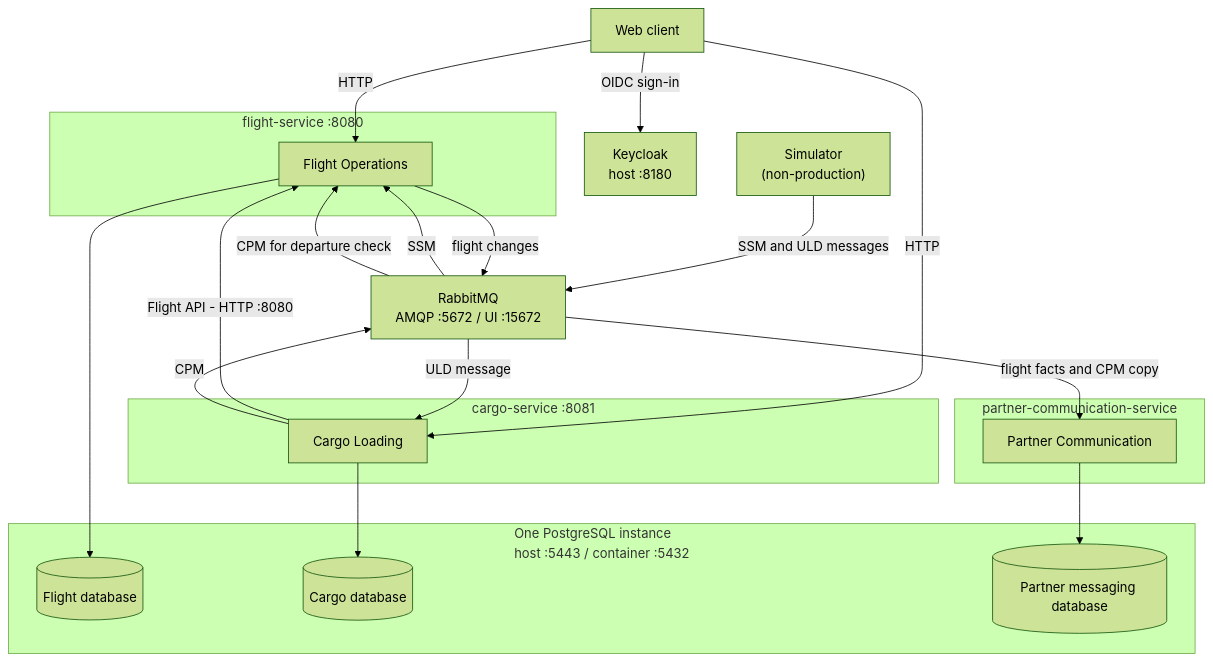
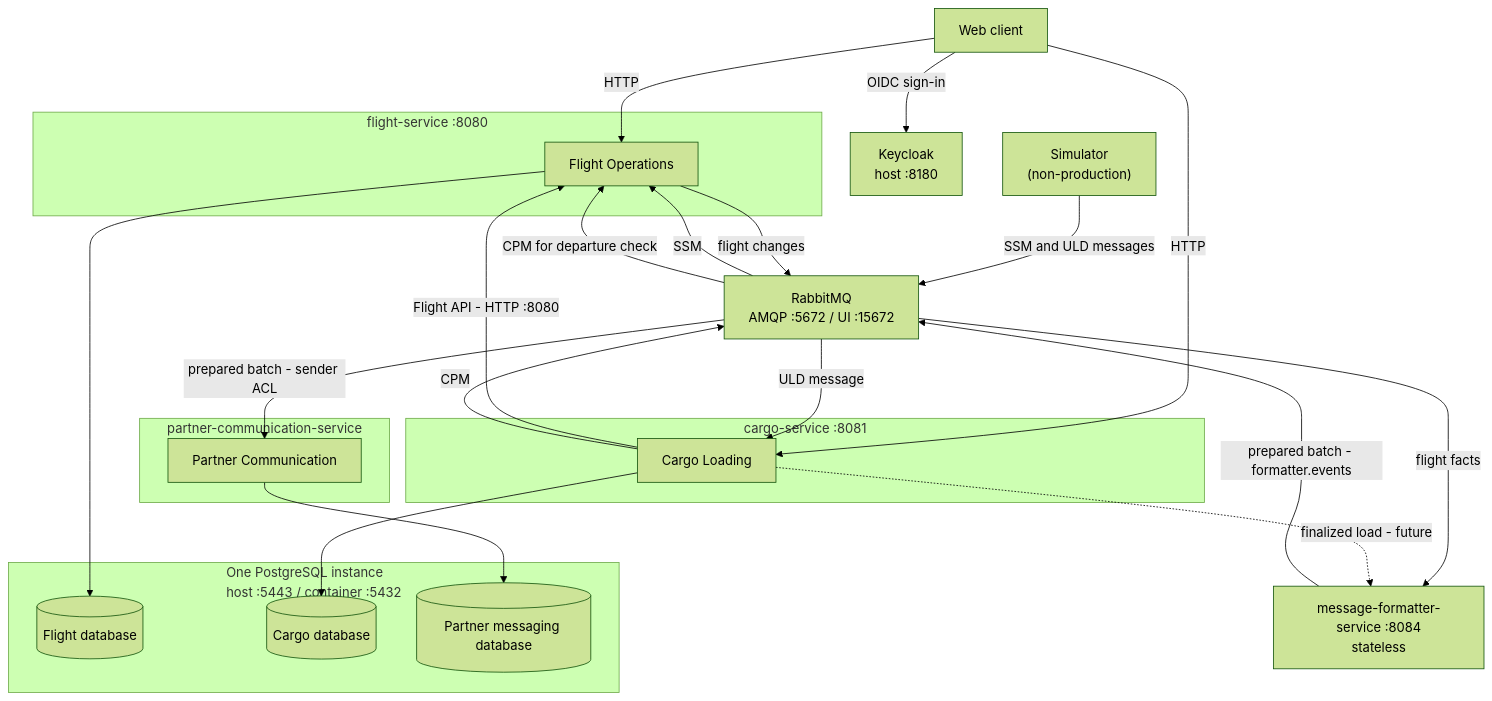
Before and after one commit to ebhd/air-freight-operations: the third of 9 diagrams in architecture/analyse.md, drawn with Mermaid (forest theme). The commit also changed other lines of this file and 74 other files, not shown here.

First line of the commit message:
refactor: separate flight delays and extract message formatter

````diff
--- a/architecture/analyse.md
+++ b/architecture/analyse.md
@@ -104,34 +109,38 @@
 ```mermaid
 flowchart TB
     Client["Web client"] -->|HTTP| F
     Client -->|HTTP| C
     Client -->|OIDC sign-in| IAM["Keycloak<br/>host :8180"]
 
     subgraph FS["flight-service :8080"]
         F["Flight Operations"]
     end
     subgraph CS["cargo-service :8081"]
         C["Cargo Loading"]
     end
     subgraph PS["partner-communication-service"]
         P["Partner Communication"]
     end
     subgraph PG["One PostgreSQL instance<br/>host :5443 / container :5432"]
         FDB[("Flight database")]
         CDB[("Cargo database")]
         PDB[("Partner messaging database")]
     end
 
+    MF["message-formatter-service :8084<br/>stateless"]
     F --> FDB
     C --> CDB
     P --> PDB
     C -->|Flight API - HTTP :8080| F
 
     Sim["Simulator<br/>(non-production)"] -->|SSM and ULD messages| MQ["RabbitMQ<br/>AMQP :5672 / UI :15672"]
     MQ -->|SSM| F
     MQ -->|ULD message| C
     F -->|flight changes| MQ
     C -->|CPM| MQ
-    MQ -->|flight facts and CPM copy| P
+    MQ -->|flight facts| MF
+    MF -->|prepared batch - formatter.events| MQ
+    MQ -->|prepared batch - sender ACL| P
+    C -.->|finalized load - future| MF
     MQ -->|CPM for departure check| F
 ```
````
